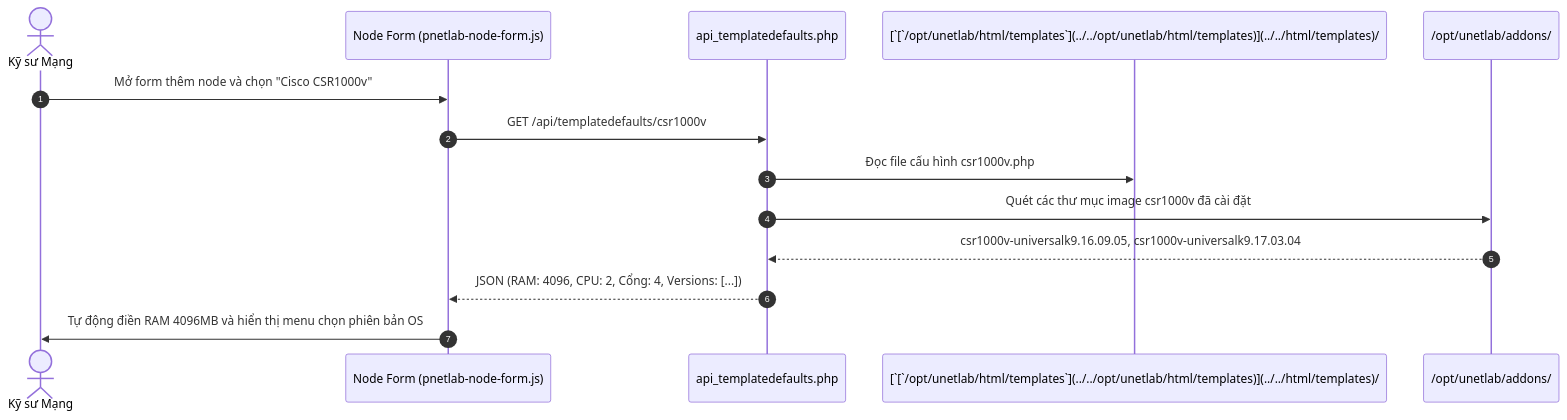
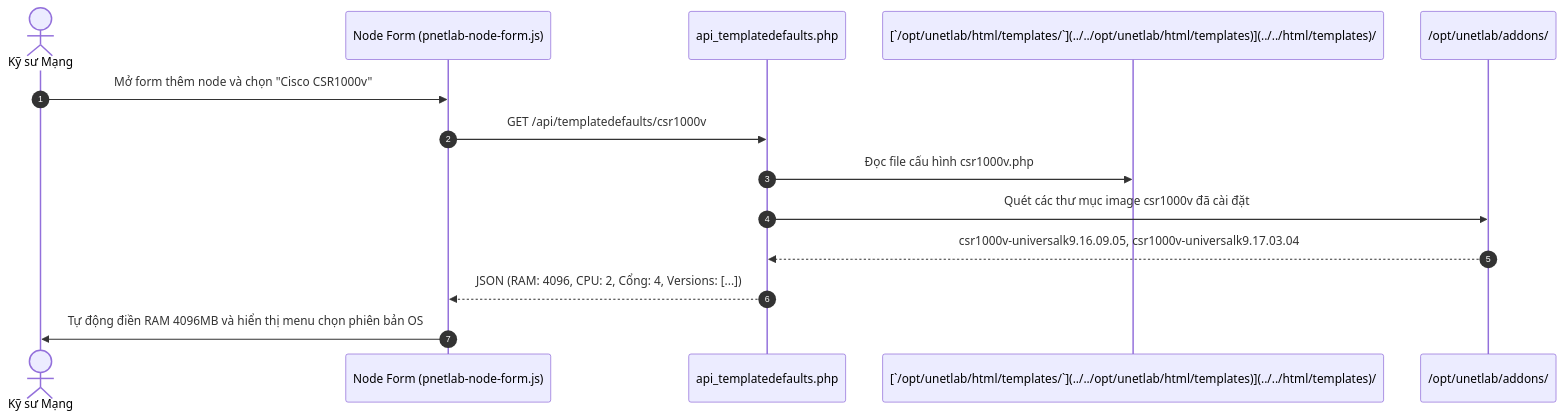
The diagram in docs/03-diagrams/f48-device-templates-schema-sequence.md (Luuxinhxinh/pnet-v8), drawn with Mermaid before and after one commit. The commit also changed 88 other files, not shown here.

````diff
--- a/docs/03-diagrams/f48-device-templates-schema-sequence.md
+++ b/docs/03-diagrams/f48-device-templates-schema-sequence.md
@@ -9,17 +9,17 @@
 ```mermaid
 sequenceDiagram
     autonumber
     actor User as Kỹ sư Mạng
     participant UI as Node Form (pnetlab-node-form.js)
     participant API as api_templatedefaults.php
-    participant Templates as [`[`/opt/unetlab/html/templates`](../../opt/unetlab/html/templates)](../../html/templates)/
+    participant Templates as [`/opt/unetlab/html/templates/`](../../opt/unetlab/html/templates)](../../html/templates)/
     participant Addons as /opt/unetlab/addons/
 
     User->>UI: Mở form thêm node và chọn "Cisco CSR1000v"
     UI->>API: GET /api/templatedefaults/csr1000v
     API->>Templates: Đọc file cấu hình csr1000v.php
     API->>Addons: Quét các thư mục image csr1000v đã cài đặt
     Addons-->>API: csr1000v-universalk9.16.09.05, csr1000v-universalk9.17.03.04
     API-->>UI: JSON (RAM: 4096, CPU: 2, Cổng: 4, Versions: [...])
     UI->>User: Tự động điền RAM 4096MB và hiển thị menu chọn phiên bản OS
 ```
````
